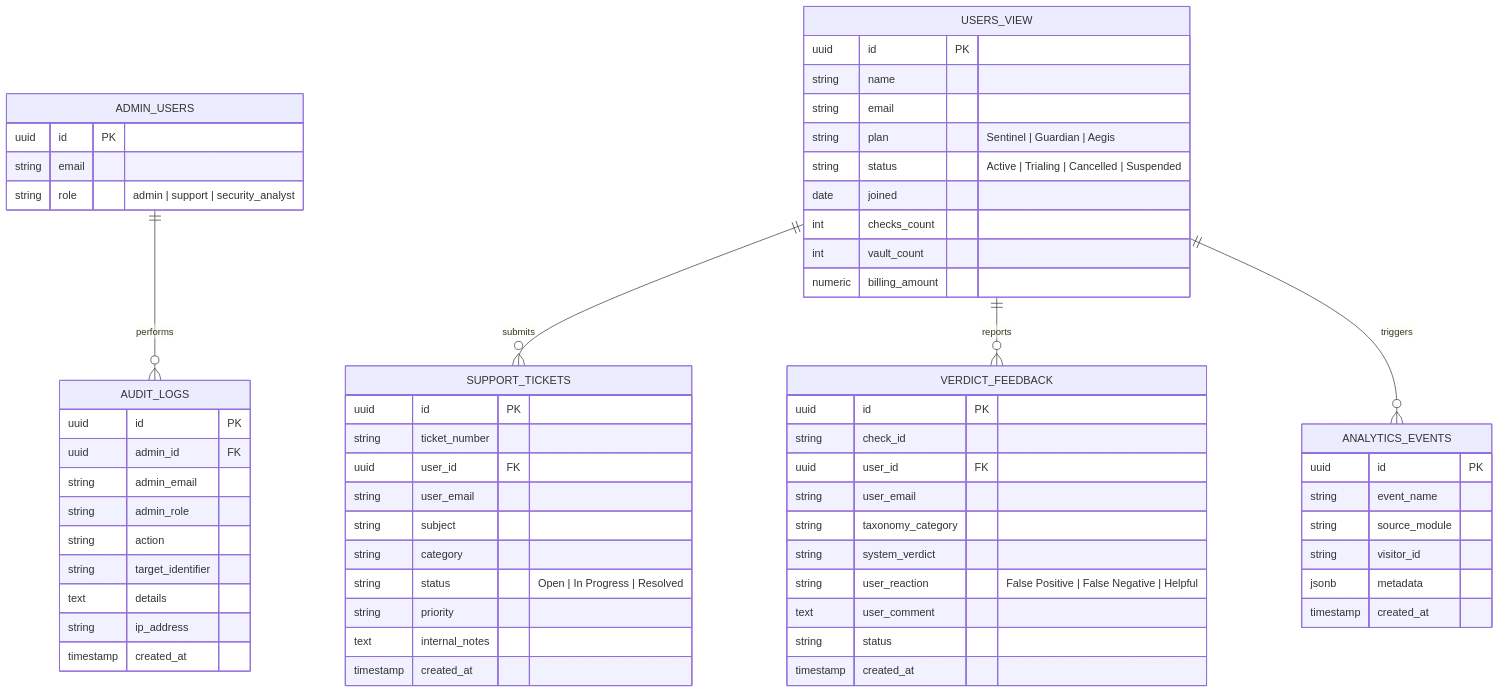
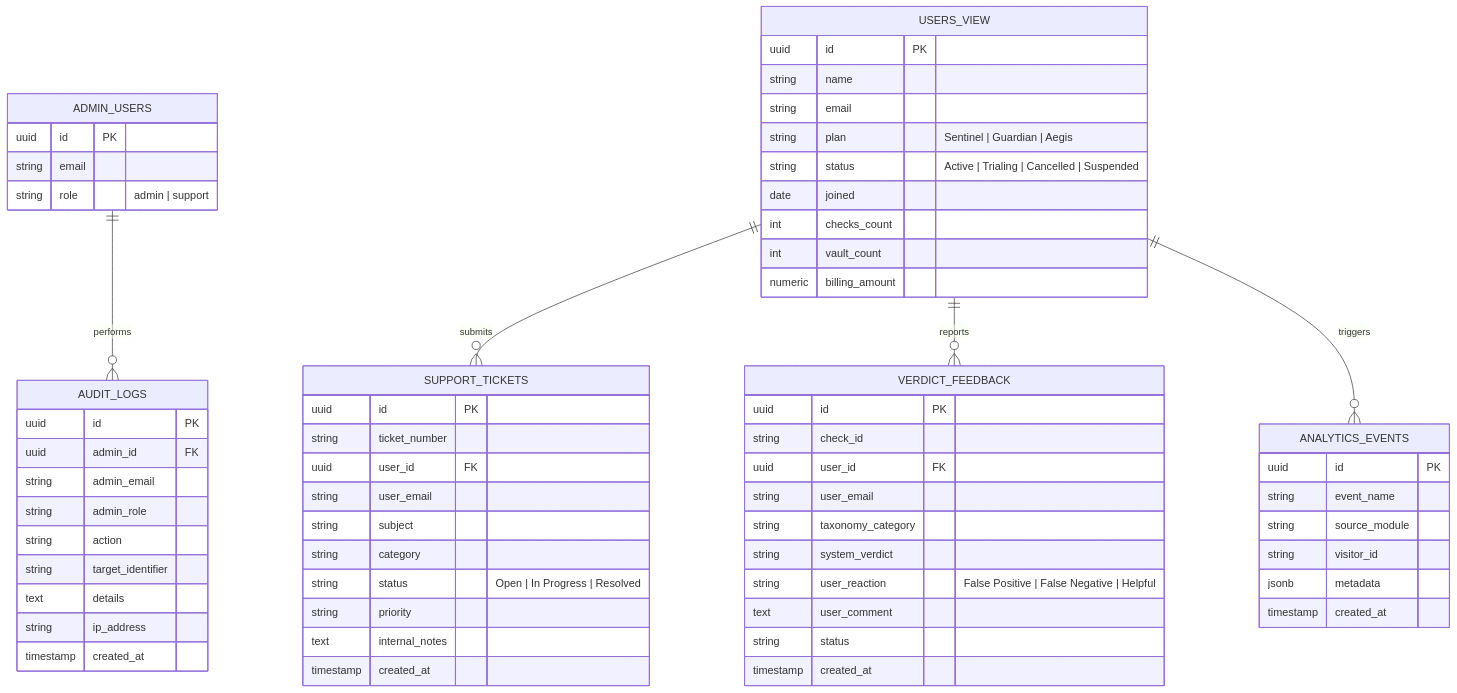
Before and after one commit to Bytebrigade-devs/scamshield: the fourth of 4 diagrams in docs/M5-UML-DIAGRAMS.md, drawn with Mermaid. The commit also changed other lines of this file and 20 other files, not shown here.

````diff
--- a/docs/M5-UML-DIAGRAMS.md
+++ b/docs/M5-UML-DIAGRAMS.md
@@ -132,72 +132,72 @@
 ```mermaid
 erDiagram
     ADMIN_USERS {
         uuid id PK
         string email
-        string role "admin | support | security_analyst"
+        string role "admin | support"
     }
 
     USERS_VIEW {
         uuid id PK
         string name
         string email
         string plan "Sentinel | Guardian | Aegis"
         string status "Active | Trialing | Cancelled | Suspended"
         date joined
         int checks_count
         int vault_count
         numeric billing_amount
     }
 
     AUDIT_LOGS {
         uuid id PK
         uuid admin_id FK
         string admin_email
         string admin_role
         string action
         string target_identifier
         text details
         string ip_address
         timestamp created_at
     }
 
     SUPPORT_TICKETS {
         uuid id PK
         string ticket_number
         uuid user_id FK
         string user_email
         string subject
         string category
         string status "Open | In Progress | Resolved"
         string priority
         text internal_notes
         timestamp created_at
     }
 
     VERDICT_FEEDBACK {
         uuid id PK
         string check_id
         uuid user_id FK
         string user_email
         string taxonomy_category
         string system_verdict
         string user_reaction "False Positive | False Negative | Helpful"
         text user_comment
         string status
         timestamp created_at
     }
 
     ANALYTICS_EVENTS {
         uuid id PK
         string event_name
         string source_module
         string visitor_id
         jsonb metadata
         timestamp created_at
     }
 
     ADMIN_USERS ||--o{ AUDIT_LOGS : performs
     USERS_VIEW ||--o{ SUPPORT_TICKETS : submits
     USERS_VIEW ||--o{ VERDICT_FEEDBACK : reports
     USERS_VIEW ||--o{ ANALYTICS_EVENTS : triggers
 ```
````
